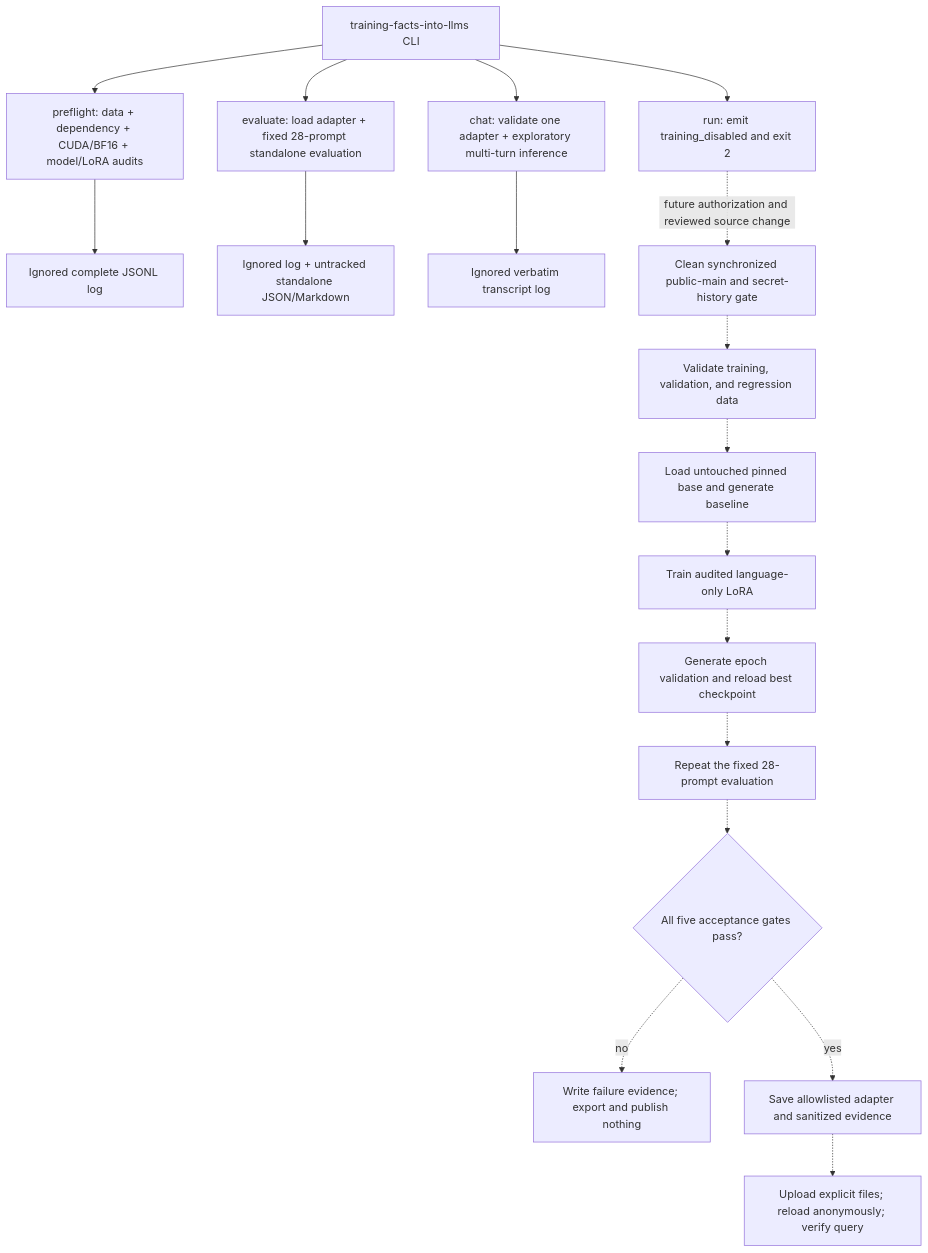
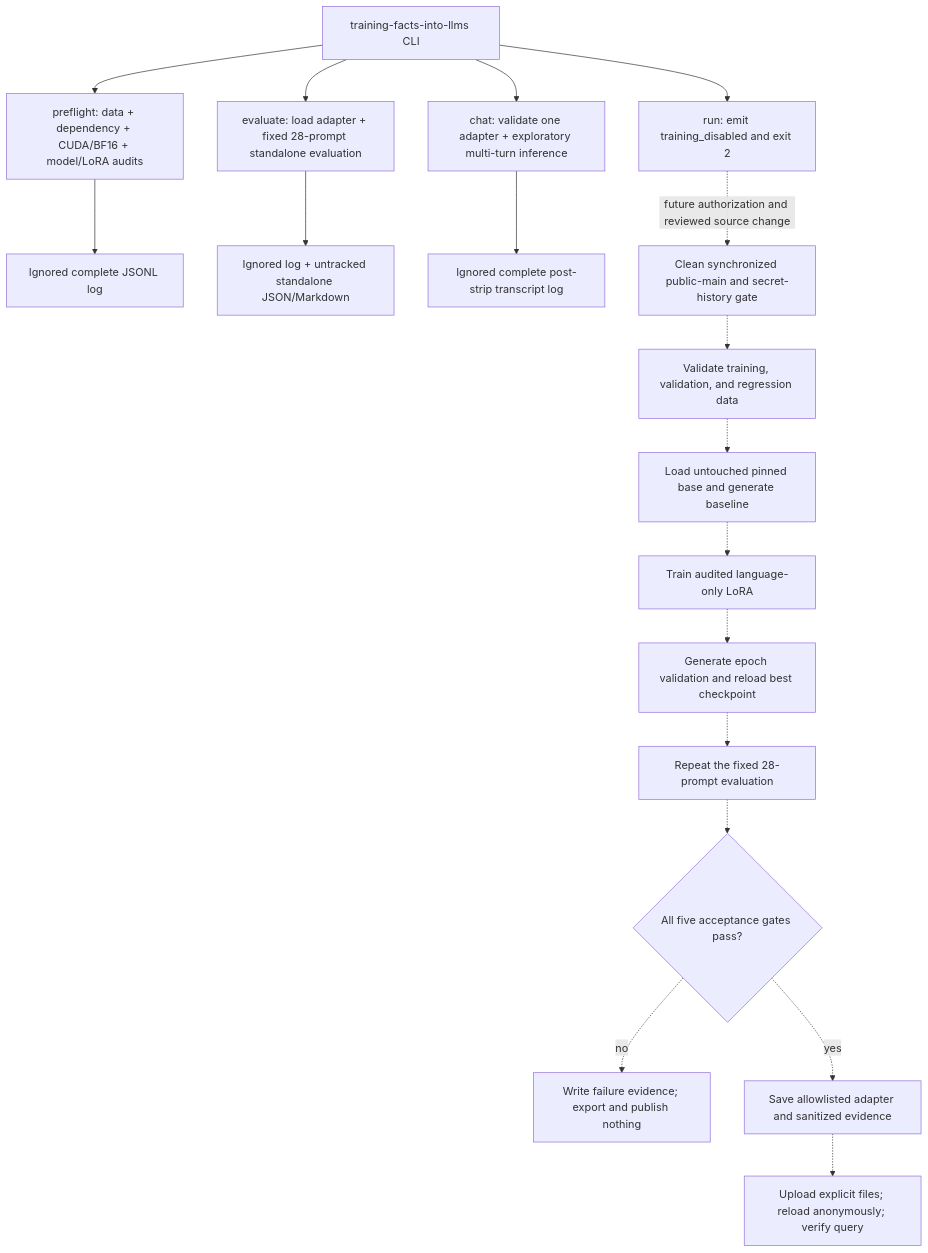
Before and after one commit to BurnyCoder/fact-teaching: the diagram in README.md, drawn with Mermaid. The commit also changed other lines of this file and 5 other files, not shown here.

````diff
--- a/README.md
+++ b/README.md
@@ -141,20 +144,20 @@
 ```mermaid
 flowchart TD
     CLI["training-facts-into-llms CLI"] --> RUN["run: emit training_disabled and exit 2"]
     CLI --> PRE["preflight: data + dependency + CUDA/BF16 + model/LoRA audits"]
     CLI --> EVAL["evaluate: load adapter + fixed 28-prompt standalone evaluation"]
     CLI --> CHAT["chat: validate one adapter + exploratory multi-turn inference"]
     PRE --> ILOG["Ignored complete JSONL log"]
     EVAL --> SREPORT["Ignored log + untracked standalone JSON/Markdown"]
-    CHAT --> CLOG["Ignored verbatim transcript log"]
+    CHAT --> CLOG["Ignored complete post-strip transcript log"]
     RUN -. "future authorization and reviewed source change" .-> GATE["Clean synchronized public-main and secret-history gate"]
     GATE -.-> DATA["Validate training, validation, and regression data"]
     DATA -.-> BASE["Load untouched pinned base and generate baseline"]
     BASE -.-> TRAIN["Train audited language-only LoRA"]
     TRAIN -.-> SELECT["Generate epoch validation and reload best checkpoint"]
     SELECT -.-> TUNED["Repeat the fixed 28-prompt evaluation"]
     TUNED -.-> ACCEPT{"All five acceptance gates pass?"}
     ACCEPT -. "no" .-> FAIL["Write failure evidence; export and publish nothing"]
     ACCEPT -. "yes" .-> SAVE["Save allowlisted adapter and sanitized evidence"]
     SAVE -.-> HUB["Upload explicit files; reload anonymously; verify query"]
 ```
````
